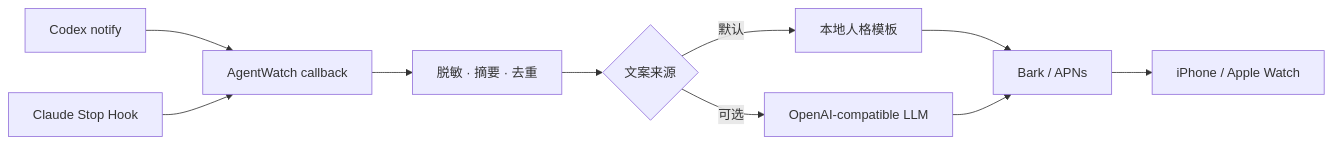
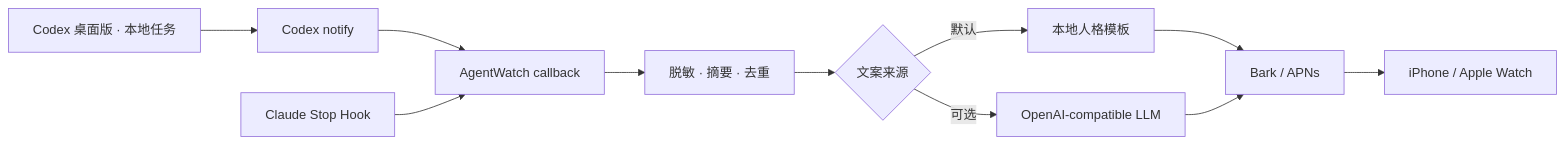
The diagram in README.md (MMX-boop/agentwatch-hub), drawn with Mermaid before and after one commit. The commit also changed other lines of this file and 2 other files, not shown here.

Commit message:
docs: clarify Codex desktop as primary notification target

````diff
--- a/README.md
+++ b/README.md
@@ -74,12 +76,13 @@
 ```mermaid
 flowchart LR
-    A[Codex notify] --> N[AgentWatch callback]
+    A[Codex 桌面版 · 本地任务] --> C[Codex notify]
+    C --> N[AgentWatch callback]
     B[Claude Stop Hook] --> N
     N --> S[脱敏 · 摘要 · 去重]
     S --> P{文案来源}
     P -->|默认| T[本地人格模板]
     P -->|可选| L[OpenAI-compatible LLM]
     T --> K[Bark / APNs]
     L --> K
     K --> I[iPhone / Apple Watch]
 ```
````
